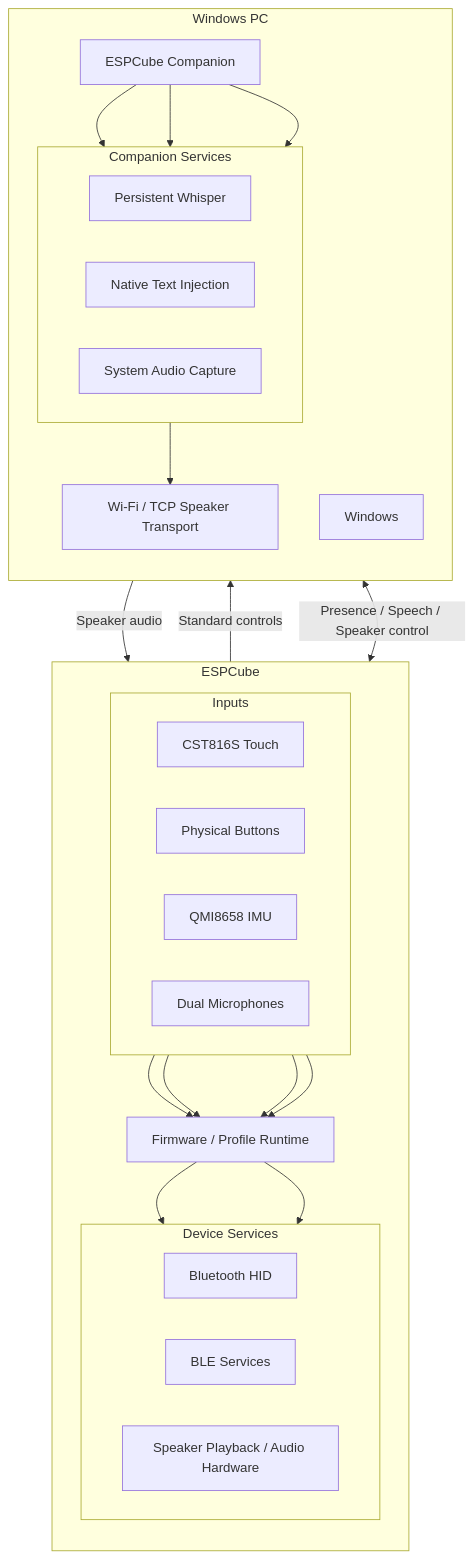
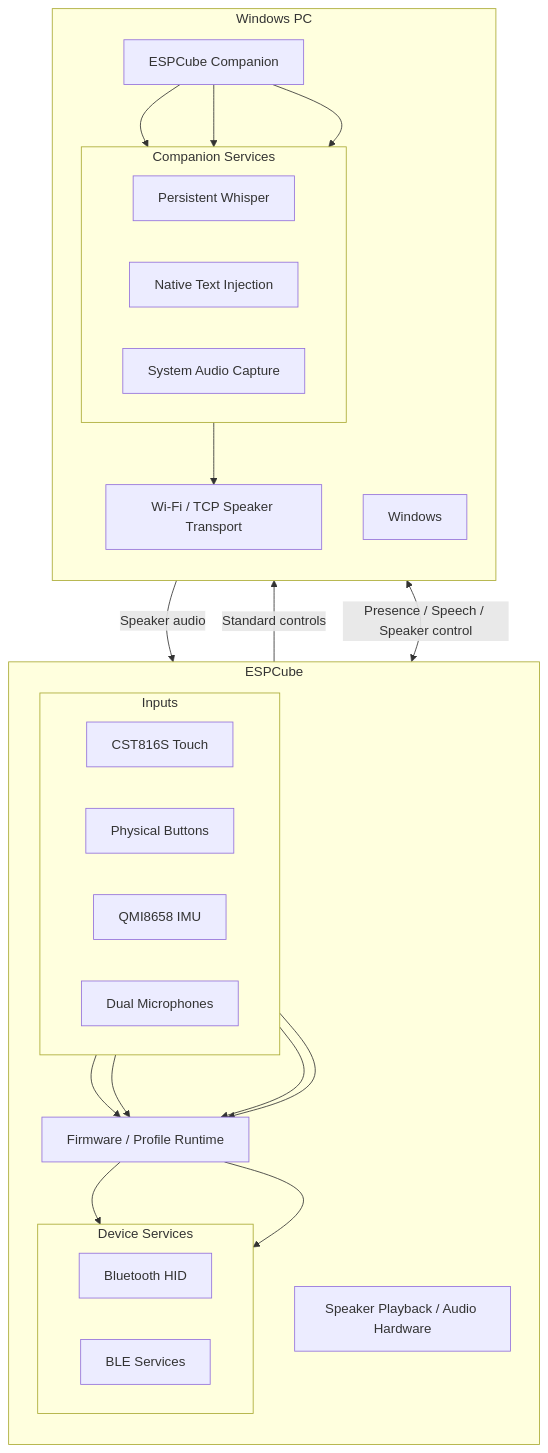
One commit to hasan-bukhari-dev/ESPCube changed the third of 5 diagrams in README.md. Above: the diagram before and after it, drawn with Mermaid.

````diff
--- a/README.md
+++ b/README.md
@@ -211,59 +211,60 @@
 ```mermaid
 flowchart TB
 
     subgraph CUBE["ESPCube"]
         direction TB
 
         subgraph INPUTS["Inputs"]
             direction LR
             TOUCH["CST816S Touch"]
             BUTTONS["Physical Buttons"]
             IMU["QMI8658 IMU"]
             MICS["Dual Microphones"]
         end
 
         FW["Firmware / Profile Runtime"]
 
         subgraph SERVICES["Device Services"]
             direction LR
             HID["Bluetooth HID"]
             BLE["BLE Services"]
-            AUDIO["Speaker Playback / Audio Hardware"]
         end
+
+        AUDIO["Speaker Playback / Audio Hardware"]
 
         TOUCH --> FW
         BUTTONS --> FW
         IMU --> FW
         MICS --> FW
 
         FW --> HID
         FW --> BLE
     end
 
 
     subgraph PC["Windows PC"]
         direction TB
 
         WINDOWS["Windows"]
         COMP["ESPCube Companion"]
 
         subgraph HOST["Companion Services"]
             direction LR
             WHISPER["Persistent Whisper"]
             INPUT["Native Text Injection"]
             CAPTURE["System Audio Capture"]
         end
 
         TCP["Wi-Fi / TCP Speaker Transport"]
 
         COMP --> WHISPER
         COMP --> INPUT
         COMP --> CAPTURE
         CAPTURE --> TCP
     end
 
 
     HID -->|"Standard controls"| WINDOWS
     BLE <-->|"Presence / Speech / Speaker control"| COMP
     TCP -->|"Speaker audio"| AUDIO
 ```
````
